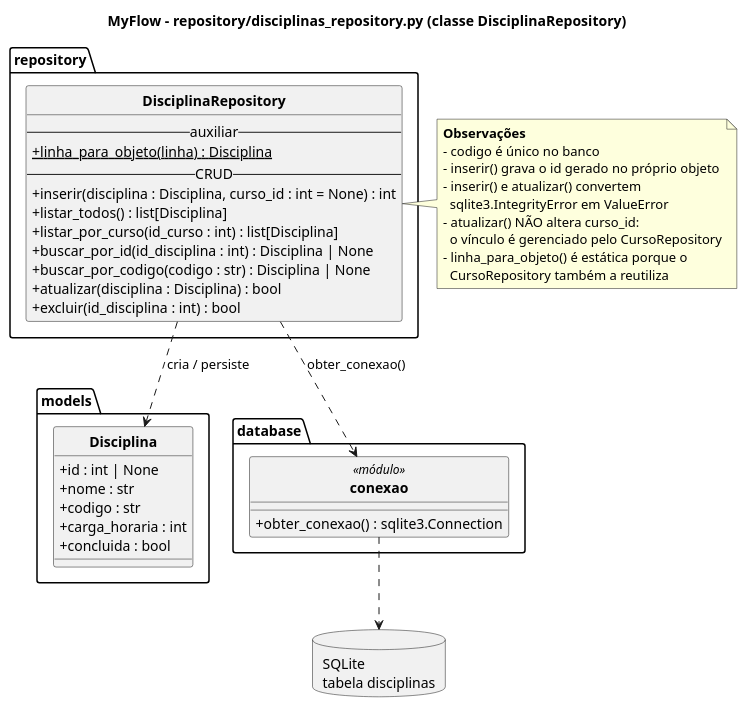
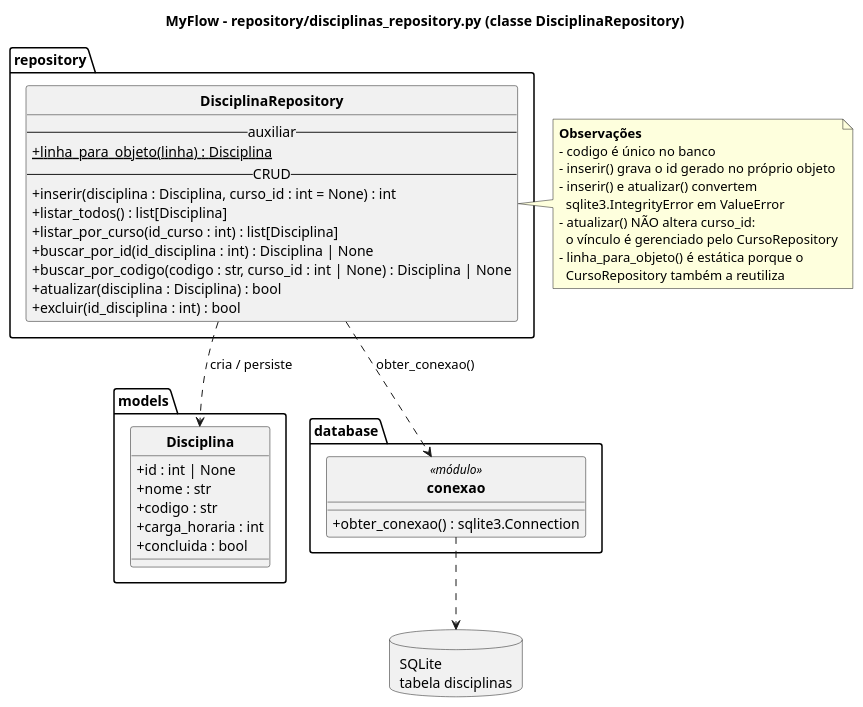
One commit to nicholasmichelon/project-myflow changed the diagram in uml/classes/04_repository_disciplinas.puml. Above: the diagram before and after it, drawn with PlantUML. The commit also changed 26 other files, not shown here.

```diff
--- a/uml/classes/04_repository_disciplinas.puml
+++ b/uml/classes/04_repository_disciplinas.puml
@@ -1,60 +1,60 @@
 @startuml 04_repository_disciplinas
 ' MyFlow - repository/disciplinas_repository.py
 title MyFlow - repository/disciplinas_repository.py (classe DisciplinaRepository)
 
 allowmixing
 skinparam classAttributeIconSize 0
 skinparam shadowing false
 skinparam classFontStyle bold
 hide circle
 
 package "repository" {
   class DisciplinaRepository {
     -- auxiliar --
     +{static} linha_para_objeto(linha) : Disciplina
     -- CRUD --
     +inserir(disciplina : Disciplina, curso_id : int = None) : int
     +listar_todos() : list[Disciplina]
     +listar_por_curso(id_curso : int) : list[Disciplina]
     +buscar_por_id(id_disciplina : int) : Disciplina | None
-    +buscar_por_codigo(codigo : str) : Disciplina | None
+    +buscar_por_codigo(codigo : str, curso_id : int | None) : Disciplina | None
     +atualizar(disciplina : Disciplina) : bool
     +excluir(id_disciplina : int) : bool
   }
 }
 
 package "models" {
   class Disciplina {
     +id : int | None
     +nome : str
     +codigo : str
     +carga_horaria : int
     +concluida : bool
   }
 }
 
 package "database" {
   class conexao <<módulo>> {
     +obter_conexao() : sqlite3.Connection
   }
 }
 
 database "SQLite\ntabela disciplinas" as db
 
 DisciplinaRepository ..> Disciplina : cria / persiste
 DisciplinaRepository ..> conexao : obter_conexao()
 conexao ..> db
 
 note right of DisciplinaRepository
   <b>Observações</b>
   - codigo é único no banco
   - inserir() grava o id gerado no próprio objeto
   - inserir() e atualizar() convertem
     sqlite3.IntegrityError em ValueError
   - atualizar() NÃO altera curso_id:
     o vínculo é gerenciado pelo CursoRepository
   - linha_para_objeto() é estática porque o
     CursoRepository também a reutiliza
 end note
 
 @enduml
```
